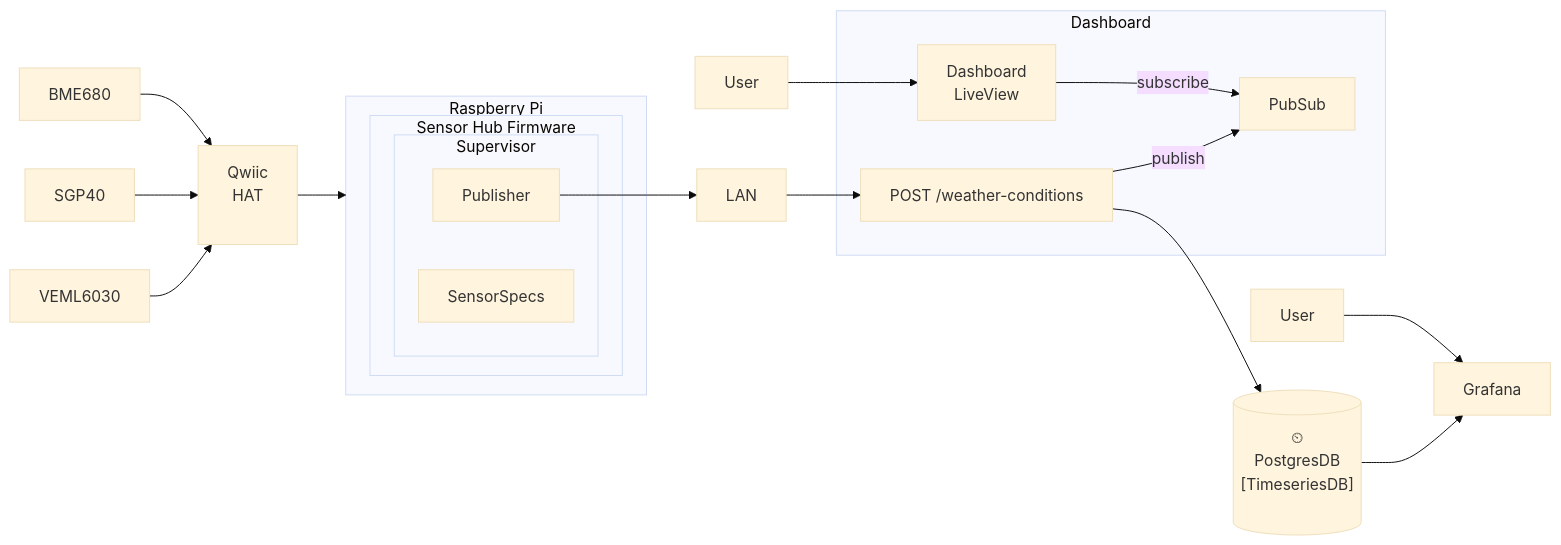
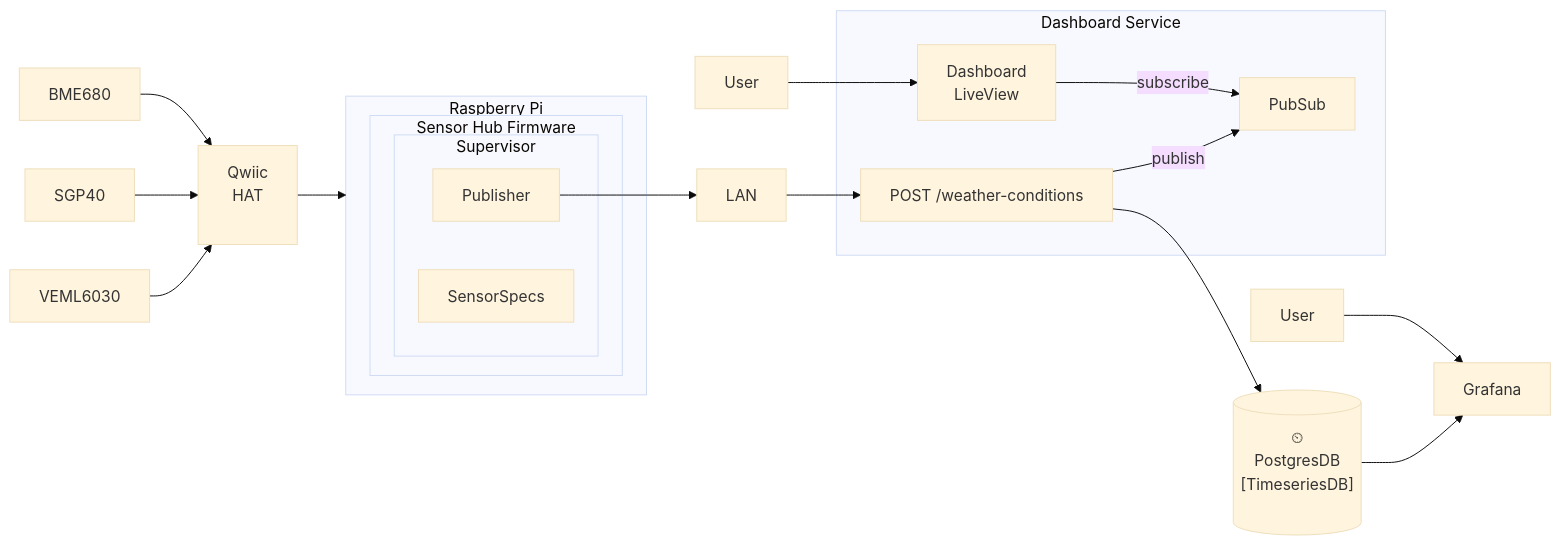
The diagram in README.md (anarinya/nerves-weather-station), drawn with Mermaid (base theme) before and after one commit. The commit also changed other lines of this file, not shown here.

Commit message:
update readme chart and mention vintagenet config

````diff
--- a/README.md
+++ b/README.md
@@ -110,34 +127,34 @@
 ```mermaid
 graph LR
 	PG[("⏲\nPostgresDB\n[TimeseriesDB]\n\n")]
 	QwiicHAT["Qwiic\nHAT\n\n"]
 
   subgraph RPI4["Raspberry Pi"]
 		subgraph "Sensor Hub Firmware"
 			subgraph Supervisor
 				Publisher
 				SensorSpecs
 			end
 		end
 	end
 
 
-	subgraph Dashboard
+	subgraph Dashboard["Dashboard Service"]
 		Endpoint["POST /weather-conditions"]
     DL["Dashboard\nLiveView"]
     Endpoint --> |publish| PubSub
     DL --> |subscribe| PubSub
 	end
 
 QwiicHAT --> RPI4
 VEML6030 --> QwiicHAT
 SGP40 --> QwiicHAT
 BME680 --> QwiicHAT
 Publisher --> LAN
 LAN --> Endpoint
 
 Endpoint --> PG
 PG --> Grafana
 User --> Grafana
 U2["User"] --> DL
 ```
````
